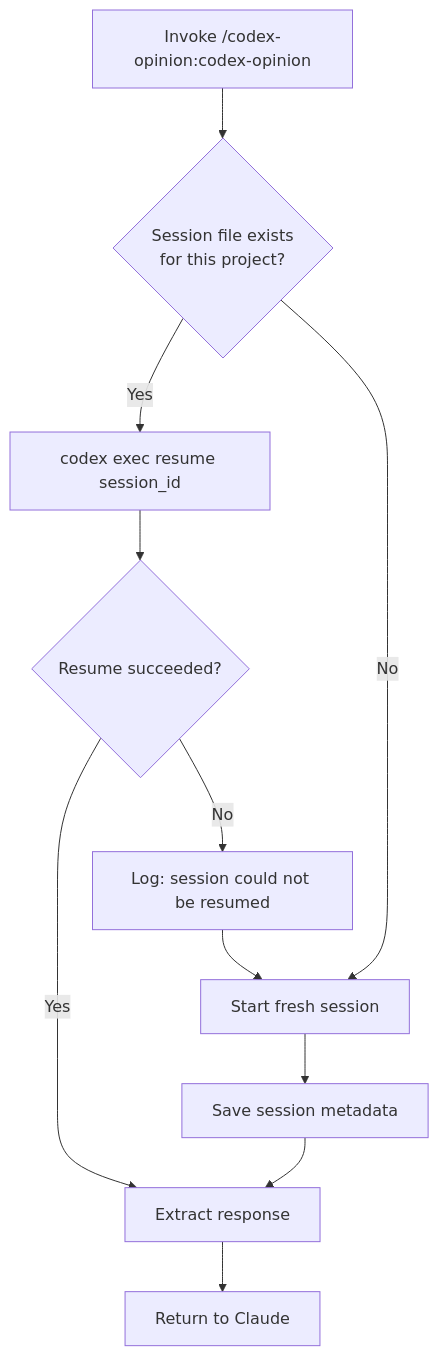
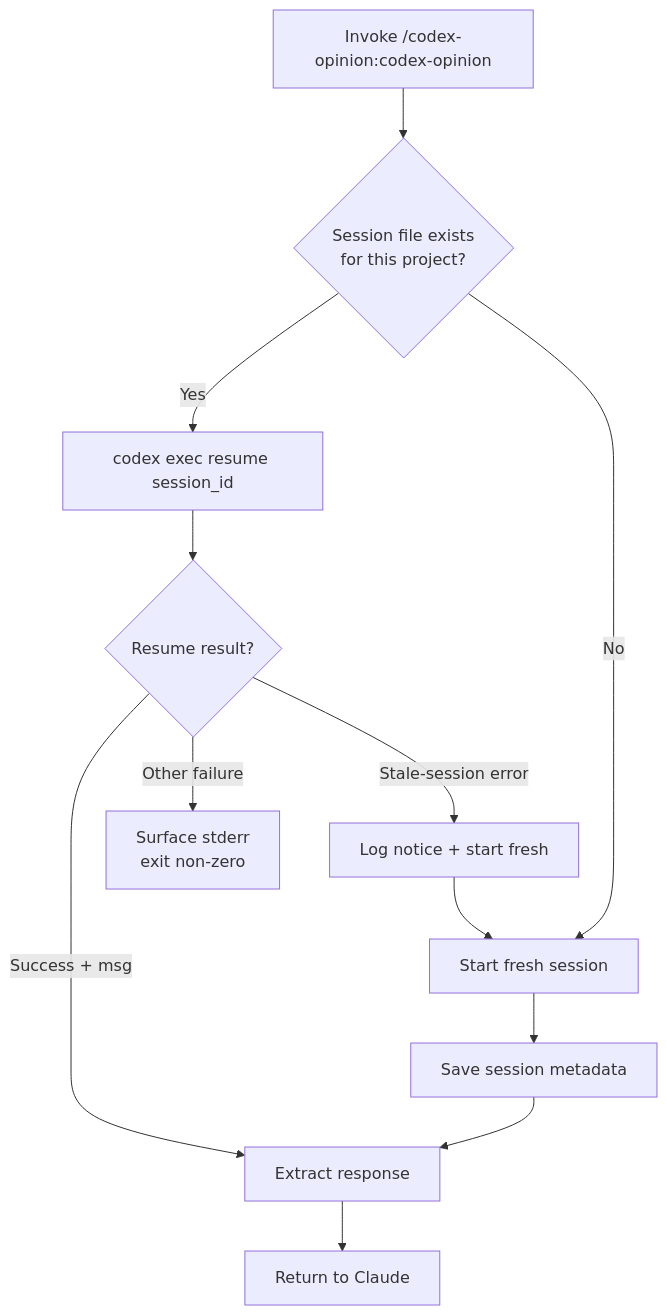
Before and after one commit to ehzawad/codex-opinion: the second of 3 diagrams in README.md, drawn with Mermaid. The commit also changed other lines of this file and 2 other files, not shown here.

````diff
--- a/README.md
+++ b/README.md
@@ -74,13 +74,14 @@
 ```mermaid
 flowchart TD
     A[Invoke /codex-opinion:codex-opinion] --> B{Session file exists<br/>for this project?}
     B -- Yes --> C[codex exec resume session_id]
-    C --> D{Resume succeeded?}
-    D -- Yes --> E[Extract response]
-    D -- No --> F["Log: session could not be resumed"]
+    C --> D{Resume result?}
+    D -- Success + msg --> E[Extract response]
+    D -- Stale-session error --> F["Log notice + start fresh"]
+    D -- Other failure --> X["Surface stderr<br/>exit non-zero"]
     F --> G[Start fresh session]
     B -- No --> G
     G --> H[Save session metadata]
     H --> E
     E --> I[Return to Claude]
 ```
````
